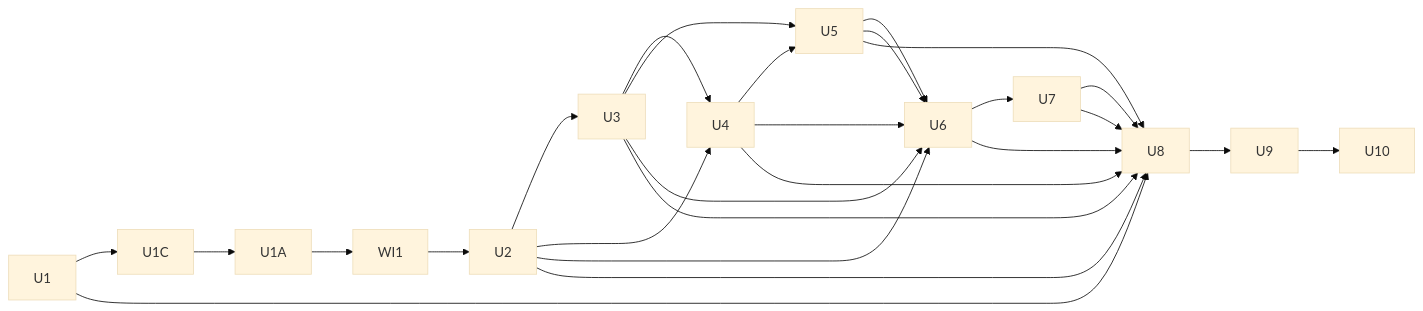
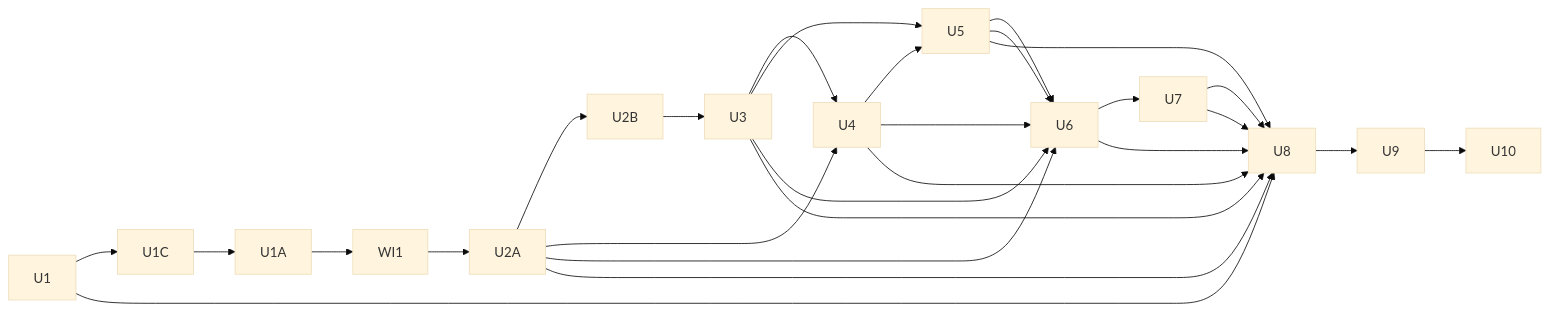
The diagram in docs/plans/issues/README.md (BrandonJF/mandem), drawn with Mermaid (base theme) before and after one commit. The commit also changed other lines of this file and 5 other files, not shown here.

````diff
--- a/docs/plans/issues/README.md
+++ b/docs/plans/issues/README.md
@@ -38,17 +39,17 @@
 ```mermaid
 flowchart LR
-  U1 --> U1C --> U1A --> WI1 --> U2 --> U3 --> U4 --> U5 --> U6 --> U7 --> U8 --> U9 --> U10
-  U2 --> U4
+  U1 --> U1C --> U1A --> WI1 --> U2A --> U2B --> U3 --> U4 --> U5 --> U6 --> U7 --> U8 --> U9 --> U10
+  U2A --> U4
   U3 --> U5
-  U2 --> U6
+  U2A --> U6
   U3 --> U6
   U4 --> U6
   U5 --> U6
   U1 --> U8
-  U2 --> U8
+  U2A --> U8
   U3 --> U8
   U4 --> U8
   U5 --> U8
   U6 --> U8
   U7 --> U8
 ```
````
